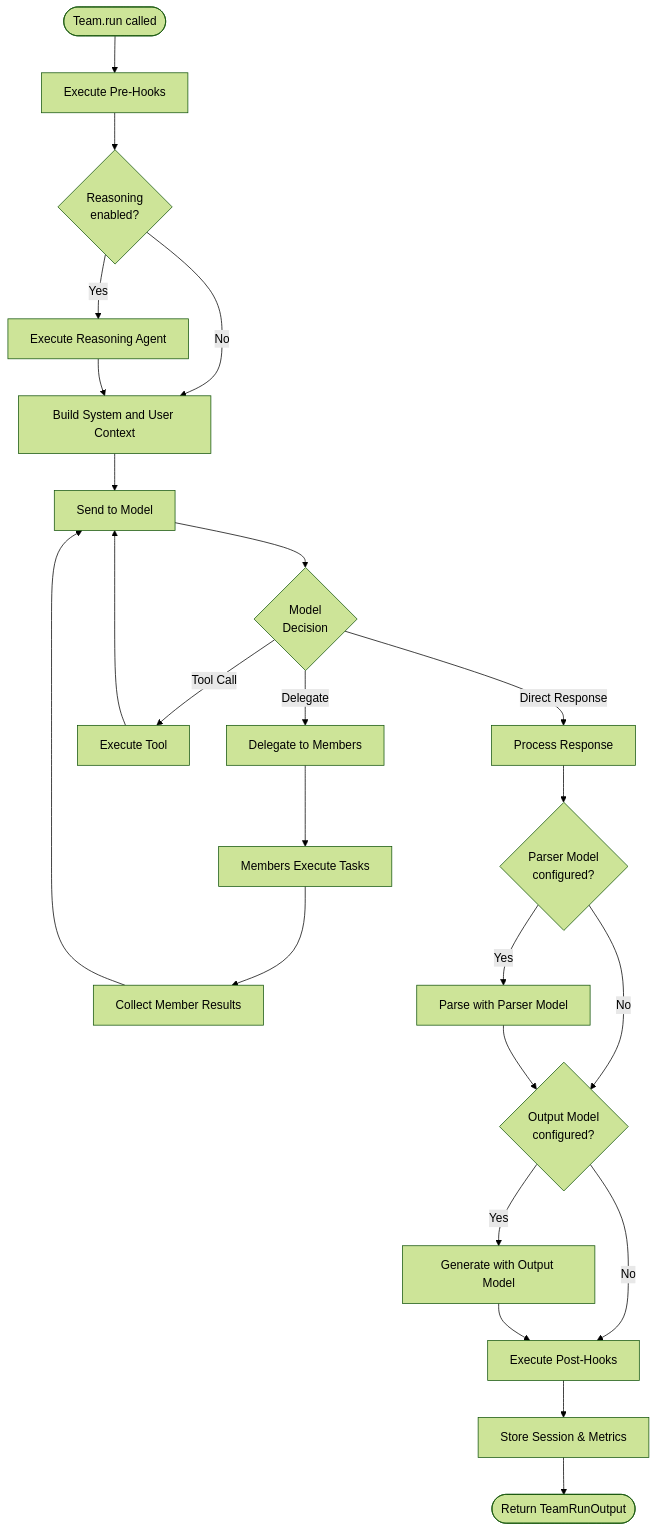
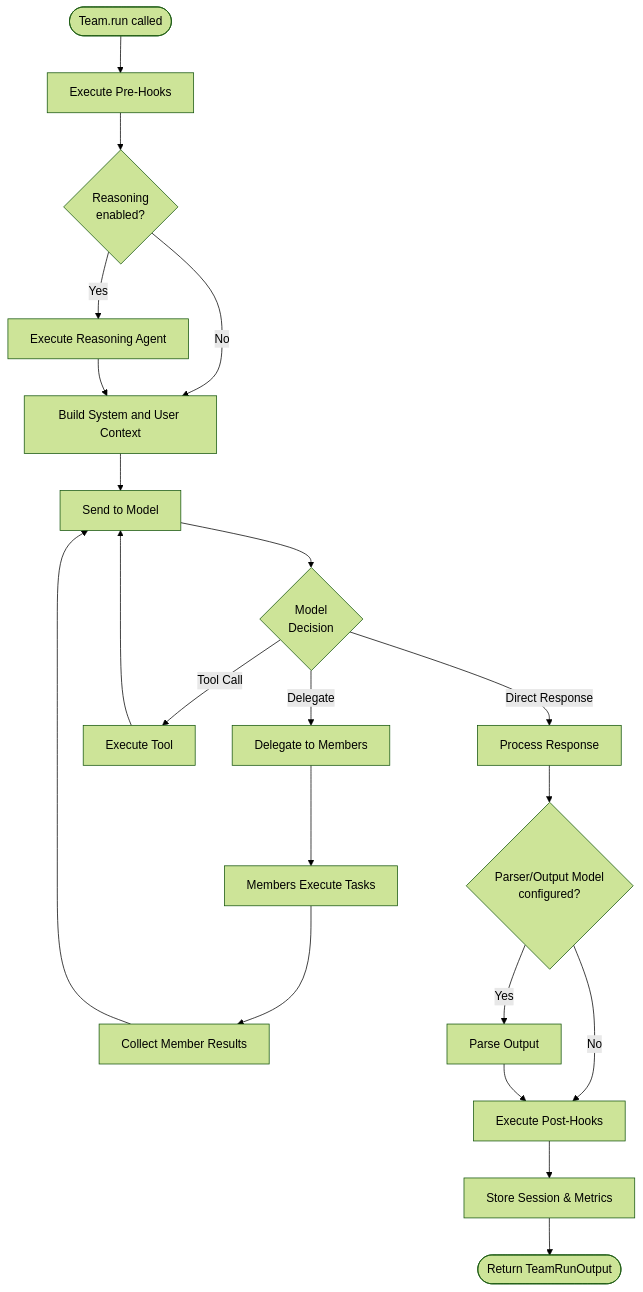
Before and after one commit to agno-agi/docs: the diagram in basics/teams/running-teams.mdx, drawn with Mermaid (forest theme). The commit also changed 28 other files, not shown here.

````diff
--- a/basics/teams/running-teams.mdx
+++ b/basics/teams/running-teams.mdx
@@ -9,35 +9,31 @@
 ```mermaid
 flowchart TB
     Start([Team.run called]) --> PreHooks[Execute Pre-Hooks]
     PreHooks --> Reasoning{Reasoning<br/>enabled?}
     
     Reasoning -->|Yes| ReasoningProcess[Execute Reasoning Agent]
     Reasoning -->|No| BuildContext
     ReasoningProcess --> BuildContext[Build System and User Context]
     
     BuildContext --> ModelExec[Send to Model]
     ModelExec --> ModelDecision{Model<br/>Decision}
     
     ModelDecision -->|Direct Response| ProcessResponse[Process Response]
     ModelDecision -->|Tool Call| ExecuteTool[Execute Tool]
     ModelDecision -->|Delegate| DelegateMembers[Delegate to Members]
     
     ExecuteTool --> ModelExec
     
     DelegateMembers --> MemberExec[Members Execute Tasks]
     MemberExec --> MemberResults[Collect Member Results]
     MemberResults --> ModelExec
     
-    ProcessResponse --> ParserModel{Parser Model<br/>configured?}
-    ParserModel -->|Yes| ParseOutput[Parse with Parser Model]
-    ParserModel -->|No| OutputModel
-    ParseOutput --> OutputModel{Output Model<br/>configured?}
-    
-    OutputModel -->|Yes| GenerateOutput[Generate with Output Model]
-    OutputModel -->|No| PostHooks
+    ProcessResponse --> ParserModel{Parser/Output Model<br/>configured?}
+    ParserModel -->|Yes| GenerateOutput[Parse Output]
+    ParserModel -->|No| PostHooks
     GenerateOutput --> PostHooks[Execute Post-Hooks]
     
     PostHooks --> StoreSession[Store Session & Metrics]
     StoreSession --> End([Return TeamRunOutput])
     
 ```
````
